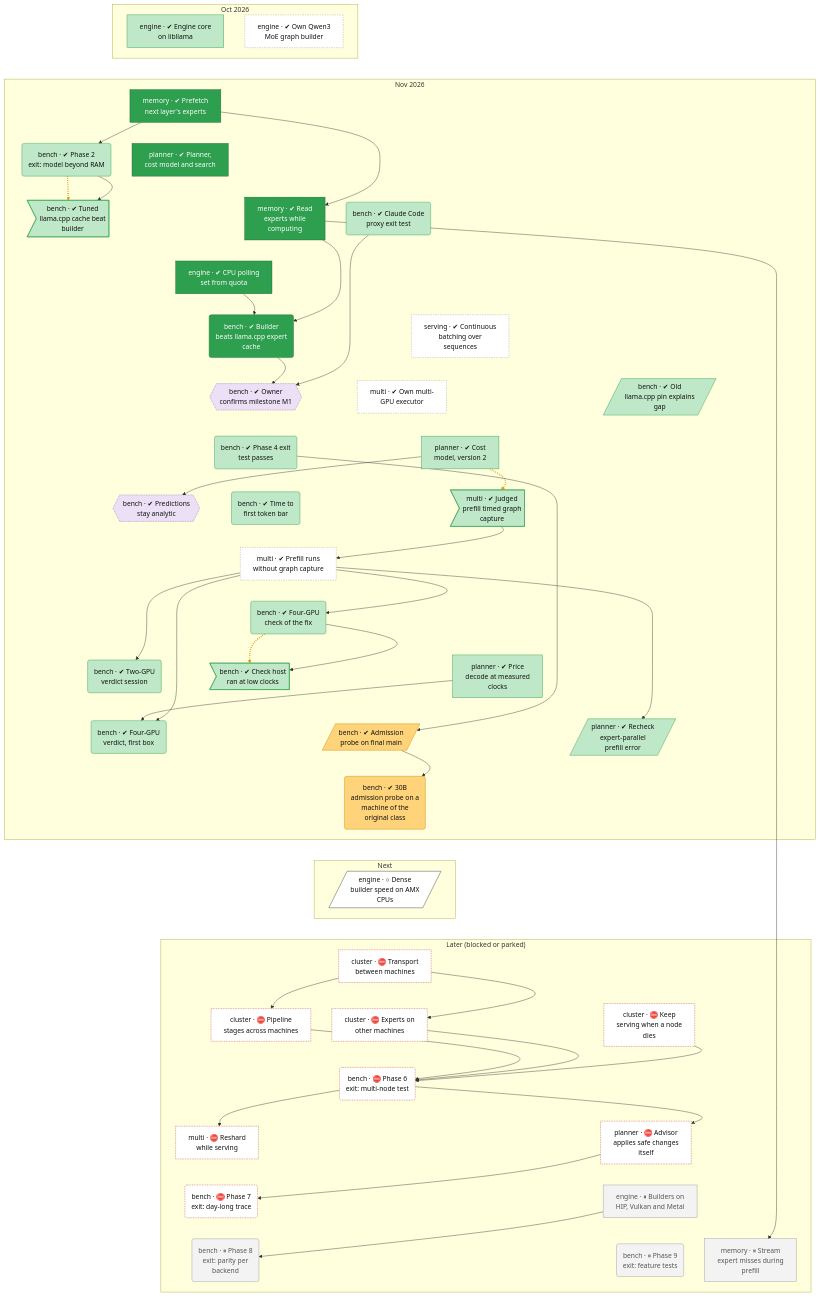
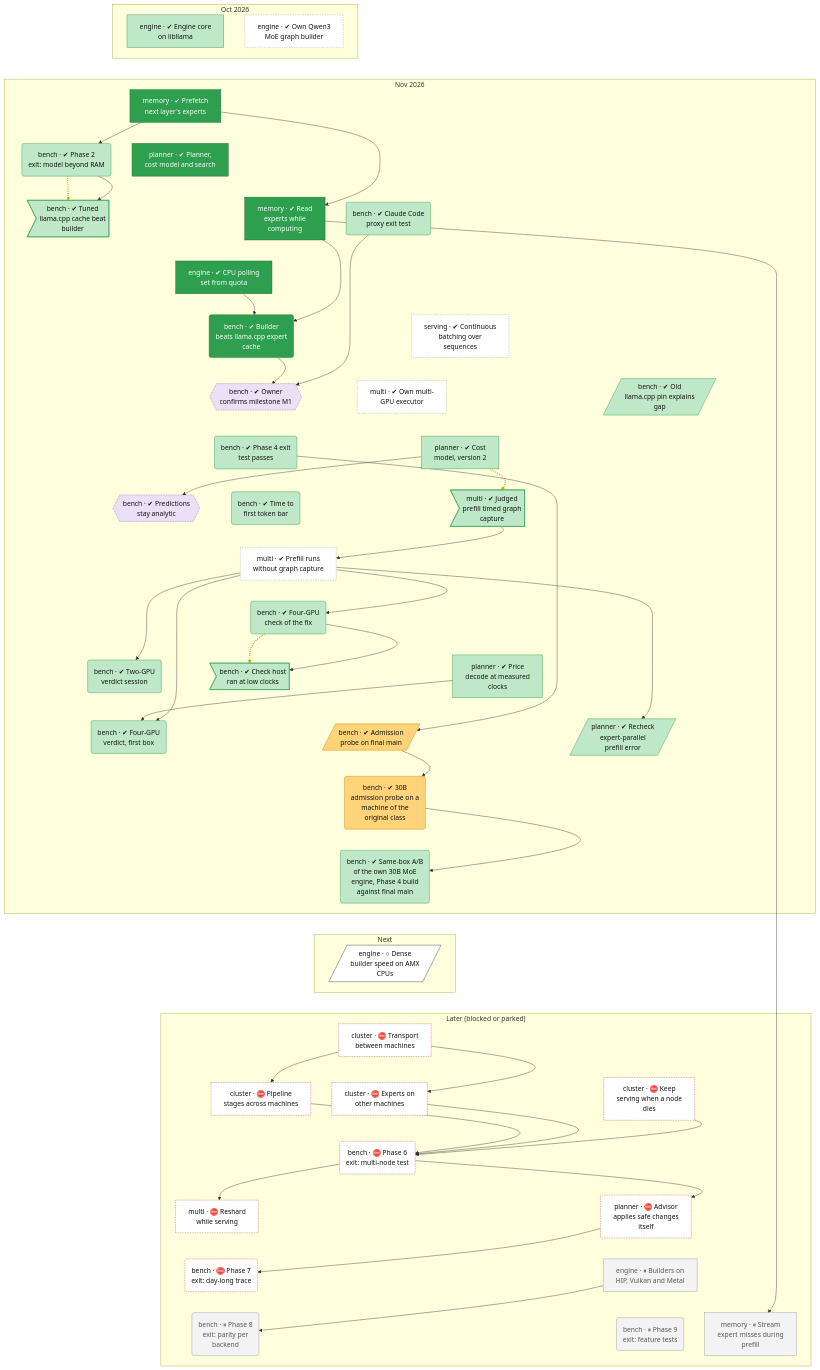
Before and after one commit to lhns/tetraeder: the second of 2 diagrams in docs/roadmap.md, drawn with Mermaid. The commit also changed other lines of this file and 36 other files, not shown here.

Commit message:
ab30b-20261122 (box 61890814): same-box A/B of the own 30B engine, 6b07795 against final main, median B/A 0.992 (c4) and 0.992 (c1), no regression evidence; node bench-ab30b

```diff
--- a/docs/roadmap.md
+++ b/docs/roadmap.md
@@ -132,6 +132,7 @@
         bench_v4a_verdict("bench · ✔ Four-GPU<br/>verdict, first box")
         planner_ep_prefill_recheck[/"planner · ✔ Recheck<br/>expert-parallel<br/>prefill error"/]
         bench_d2a_30b("bench · ✔ 30B<br/>admission probe on a<br/>machine of the<br/>original class")
+        bench_ab30b("bench · ✔ Same-box A/B<br/>of the own 30B MoE<br/>engine, Phase 4 build<br/>against final main")
     end
     subgraph bd_2["Next"]
         engine_dense_amx[/"engine · ○ Dense<br/>builder speed on AMX<br/>CPUs"/]
@@ -184,7 +185,8 @@
     bench_d2a_probe ~~~ bench_d2a_30b
     bench_v4a_verdict ~~~ bench_d2a_30b
     planner_ep_prefill_recheck ~~~ bench_d2a_30b
-    bench_d2a_30b ~~~ engine_dense_amx
+    bench_d2a_30b ~~~ bench_ab30b
+    bench_ab30b ~~~ engine_dense_amx
     engine_dense_amx ~~~ cluster_transport
     cluster_transport ~~~ cluster_pipeline_nodes
     cluster_transport ~~~ cluster_experts_nodes
@@ -219,6 +221,7 @@
     multi_prefill_no_capture --> bench_v4a_verdict
     multi_prefill_no_capture --> planner_ep_prefill_recheck
     bench_d2a_probe --> bench_d2a_30b
+    bench_d2a_30b --> bench_ab30b
     cluster_transport --> cluster_pipeline_nodes
     cluster_transport --> cluster_experts_nodes
     cluster_pipeline_nodes --> bench_phase6_exit
@@ -229,7 +232,7 @@
     planner_advisor_auto --> bench_phase7_exit
     engine_backend_parity --> bench_phase8_exit
     memory_io_service --> memory_prefill_misses
-    linkStyle 50,57,61 stroke:#e69500,stroke-width:3px,stroke-dasharray:2 3
+    linkStyle 51,58,62 stroke:#e69500,stroke-width:3px,stroke-dasharray:2 3
     classDef vsucc fill:#2e9e4f,stroke:#1b6b34,color:#fff
     classDef succ fill:#bfe8c8,stroke:#2e9e4f,color:#111
     classDef mixed fill:#ffd37a,stroke:#c98a00,color:#111
@@ -245,7 +248,7 @@
     classDef finding fill:#ffe0b2,stroke:#d84315,stroke-width:2px,color:#111
     classDef waiting fill:#e3f2fd,stroke:#1f6fc5,stroke-dasharray:5 5,color:#111
     class multi_prefill_no_capture,engine_moe_builder,multi_executor,serving_batching unrated
-    class engine_libllama,planner_cost_v2,multi_defect_capture,bench_phase2_exit,bench_defect_tuned_cache,bench_phase3b_proxy,bench_pin_ab,bench_phase4_exit,bench_ttft,bench_s3f2,bench_defect_s3f2_clock,bench_v2_verdict,planner_cost_model_v5,bench_v4a_verdict,planner_ep_prefill_recheck succ
+    class engine_libllama,planner_cost_v2,multi_defect_capture,bench_phase2_exit,bench_defect_tuned_cache,bench_phase3b_proxy,bench_pin_ab,bench_phase4_exit,bench_ttft,bench_s3f2,bench_defect_s3f2_clock,bench_v2_verdict,planner_cost_model_v5,bench_v4a_verdict,bench_ab30b,planner_ep_prefill_recheck succ
     class engine_cpu_poll,memory_prefetch,memory_io_service,planner_core,bench_m1_point1 vsucc
     class bench_owner_m1,bench_owner_analytic decided
     class bench_d2a_probe,bench_d2a_30b mixed
```
